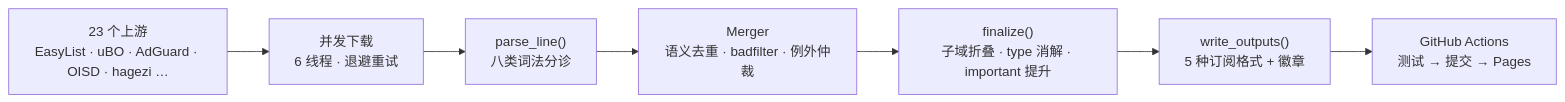
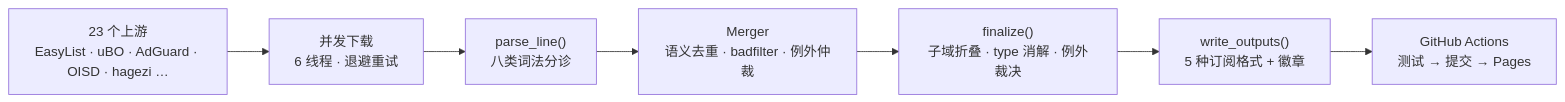
One commit to wansheng8/LJGZ changed the diagram in README.md. Above: the diagram before and after it, drawn with Mermaid. The commit also changed other lines of this file and 24 other files, not shown here.

````diff
--- a/README.md
+++ b/README.md
@@ -51,12 +51,12 @@
 ```mermaid
 flowchart LR
     A["23 个上游<br/>EasyList · uBO · AdGuard · OISD · hagezi …"]
     B["并发下载<br/>6 线程 · 退避重试"]
     C["parse_line()<br/>八类词法分诊"]
     D["Merger<br/>语义去重 · badfilter · 例外仲裁"]
-    E["finalize()<br/>子域折叠 · type 消解 · important 提升"]
+    E["finalize()<br/>子域折叠 · type 消解 · 例外裁决"]
     F["write_outputs()<br/>5 种订阅格式 + 徽章"]
     G["GitHub Actions<br/>测试 → 提交 → Pages"]
 
     A --> B --> C --> D --> E --> F --> G
 ```
````
